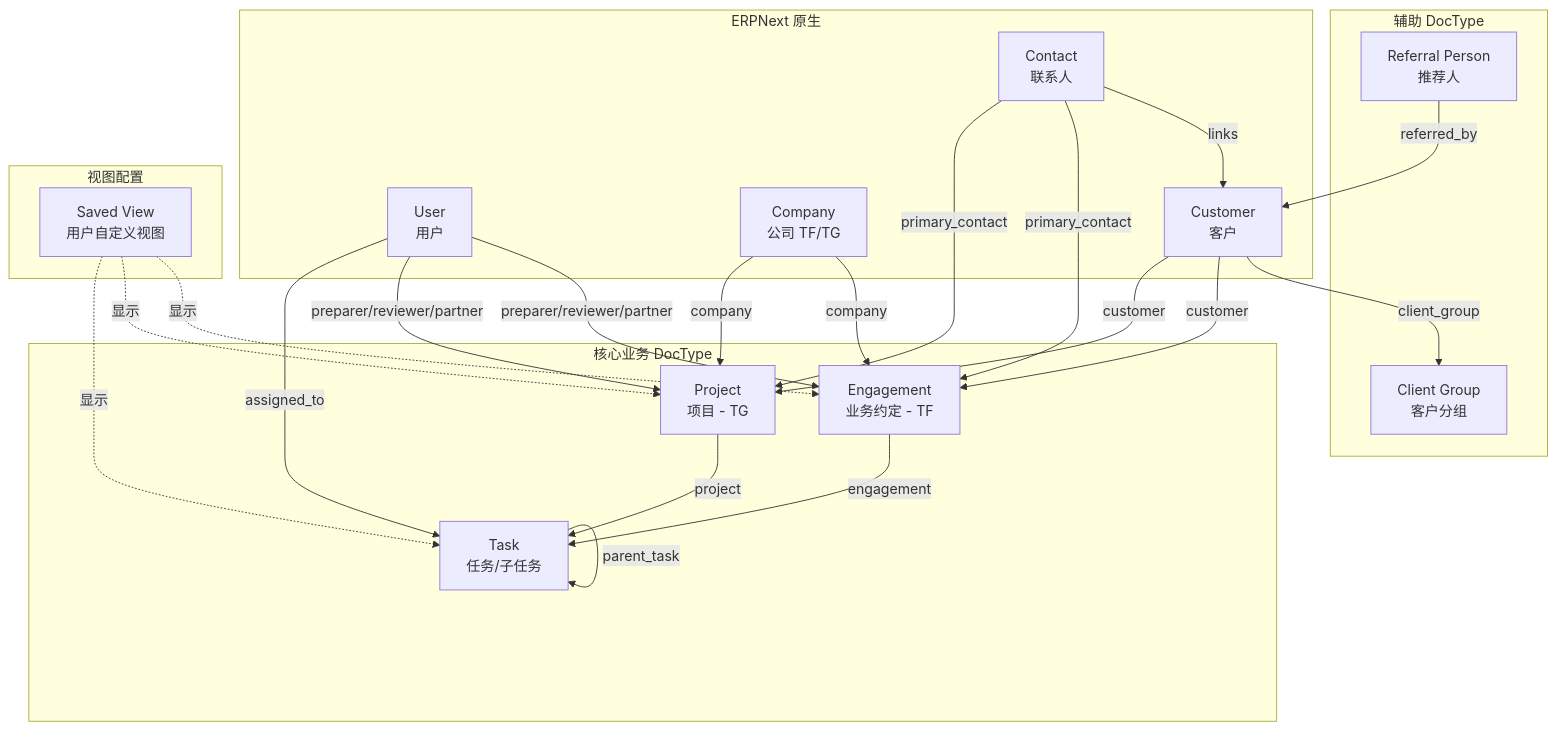
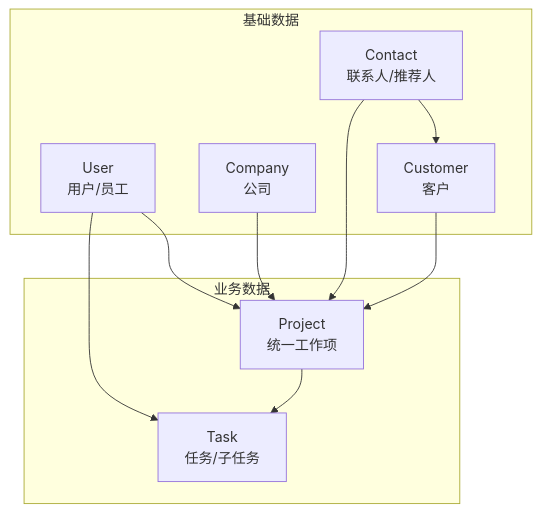
Before and after one commit to Top-Figures-Business-Solution-Pty-Ltd/Smart-Accounting-SaaS-Platform: the first of 2 diagrams in docs/A_Data_Model_Assessment.md, drawn with Mermaid. The commit also changed other lines of this file and 3 other files, not shown here.

````diff
--- a/docs/A_Data_Model_Assessment.md
+++ b/docs/A_Data_Model_Assessment.md
@@ -63,54 +79,22 @@
 ```mermaid
 flowchart TB
-    subgraph 基础层 [ERPNext 原生]
-        USER[User<br/>用户]
-        COMPANY[Company<br/>公司 TF/TG]
+    subgraph 基础数据
+        USER[User<br/>用户/员工]
+        COMPANY[Company<br/>公司]
         CUSTOMER[Customer<br/>客户]
-        CONTACT[Contact<br/>联系人]
+        CONTACT[Contact<br/>联系人/推荐人]
     end
     
-    subgraph 辅助层 [辅助 DocType]
-        CG[Client Group<br/>客户分组]
-        RP[Referral Person<br/>推荐人]
-    end
-    
-    subgraph 核心层 [核心业务 DocType]
-        ENG[Engagement<br/>业务约定 - TF]
-        PROJ[Project<br/>项目 - TG]
+    subgraph 业务数据
+        PROJ[Project<br/>统一工作项]
         TASK[Task<br/>任务/子任务]
     end
     
-    subgraph 视图层 [视图配置]
-        SV[Saved View<br/>用户自定义视图]
-    end
-    
-    %% 基础关系
-    RP -->|referred_by| CUSTOMER
-    CUSTOMER -->|client_group| CG
-    CONTACT -->|links| CUSTOMER
-    
-    %% 核心业务关系
-    CUSTOMER -->|customer| ENG
-    CUSTOMER -->|customer| PROJ
-    COMPANY -->|company| ENG
-    COMPANY -->|company| PROJ
-    
-    %% 人员分配
-    USER -->|preparer/reviewer/partner| ENG
-    USER -->|preparer/reviewer/partner| PROJ
-    USER -->|assigned_to| TASK
-    
-    %% 联系人
-    CONTACT -->|primary_contact| ENG
-    CONTACT -->|primary_contact| PROJ
-    
-    %% Task 关联
-    ENG -->|engagement| TASK
-    PROJ -->|project| TASK
-    TASK -->|parent_task| TASK
-    
-    %% 视图
-    SV -.->|显示| ENG
-    SV -.->|显示| PROJ
-    SV -.->|显示| TASK
+    CONTACT --> CUSTOMER
+    CUSTOMER --> PROJ
+    COMPANY --> PROJ
+    USER --> PROJ
+    USER --> TASK
+    CONTACT --> PROJ
+    PROJ --> TASK
 ```
````
